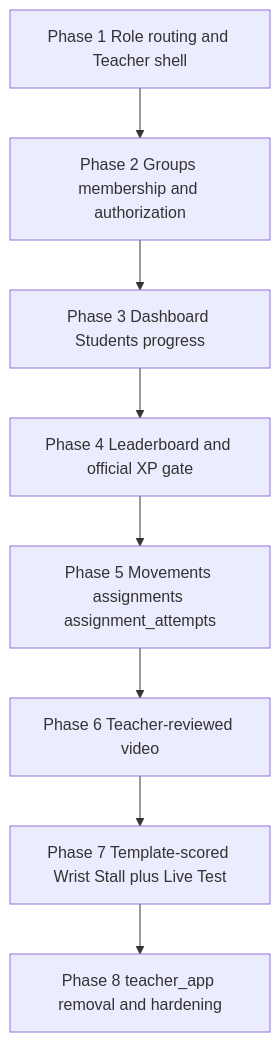
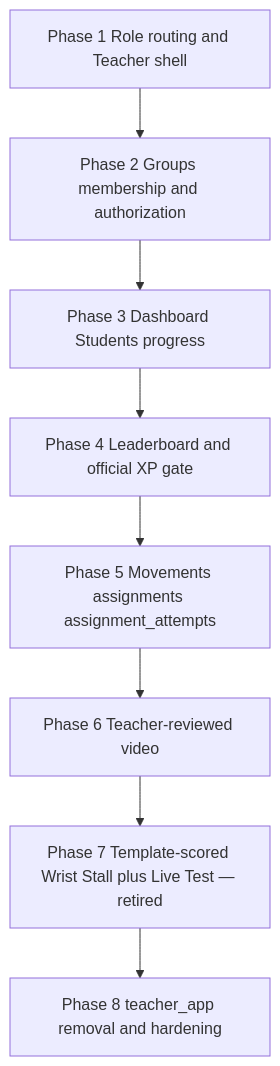
One commit to codewithjenah/elixr_application changed the second of 2 diagrams in docs/teacher-windows-refactor/00-master-plan.md. Above: the diagram before and after it, drawn with Mermaid. The commit also changed other lines of this file and 59 other files, not shown here.

Commit message:
Refactor application architecture and remove obsolete code

````diff
--- a/docs/teacher-windows-refactor/00-master-plan.md
+++ b/docs/teacher-windows-refactor/00-master-plan.md
@@ -67,12 +74,12 @@
 ```mermaid
 flowchart TD
   p1[Phase 1 Role routing and Teacher shell]
   p2[Phase 2 Groups membership and authorization]
   p3[Phase 3 Dashboard Students progress]
   p4[Phase 4 Leaderboard and official XP gate]
   p5[Phase 5 Movements assignments assignment_attempts]
   p6[Phase 6 Teacher-reviewed video]
-  p7[Phase 7 Template-scored Wrist Stall plus Live Test]
+  p7[Phase 7 Template-scored Wrist Stall plus Live Test — retired]
   p8[Phase 8 teacher_app removal and hardening]
   p1 --> p2 --> p3 --> p4 --> p5 --> p6 --> p7 --> p8
 ```
````
